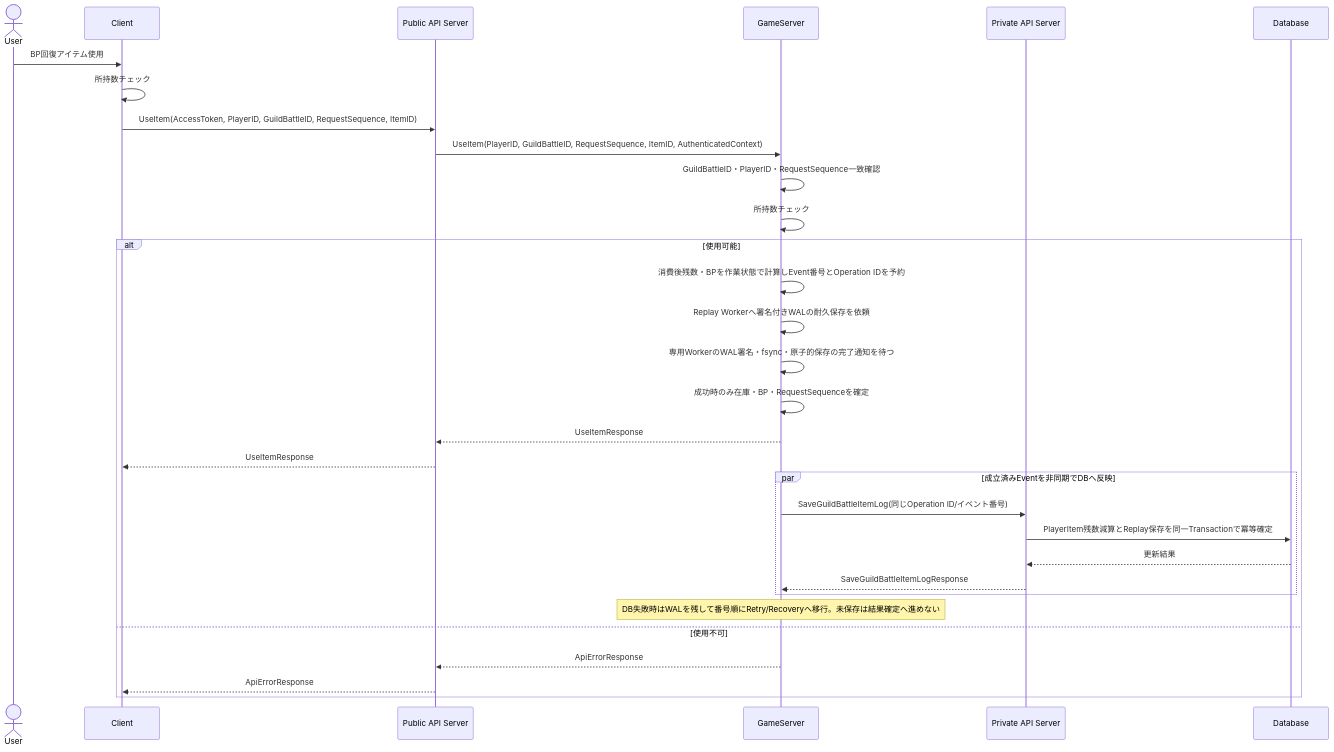
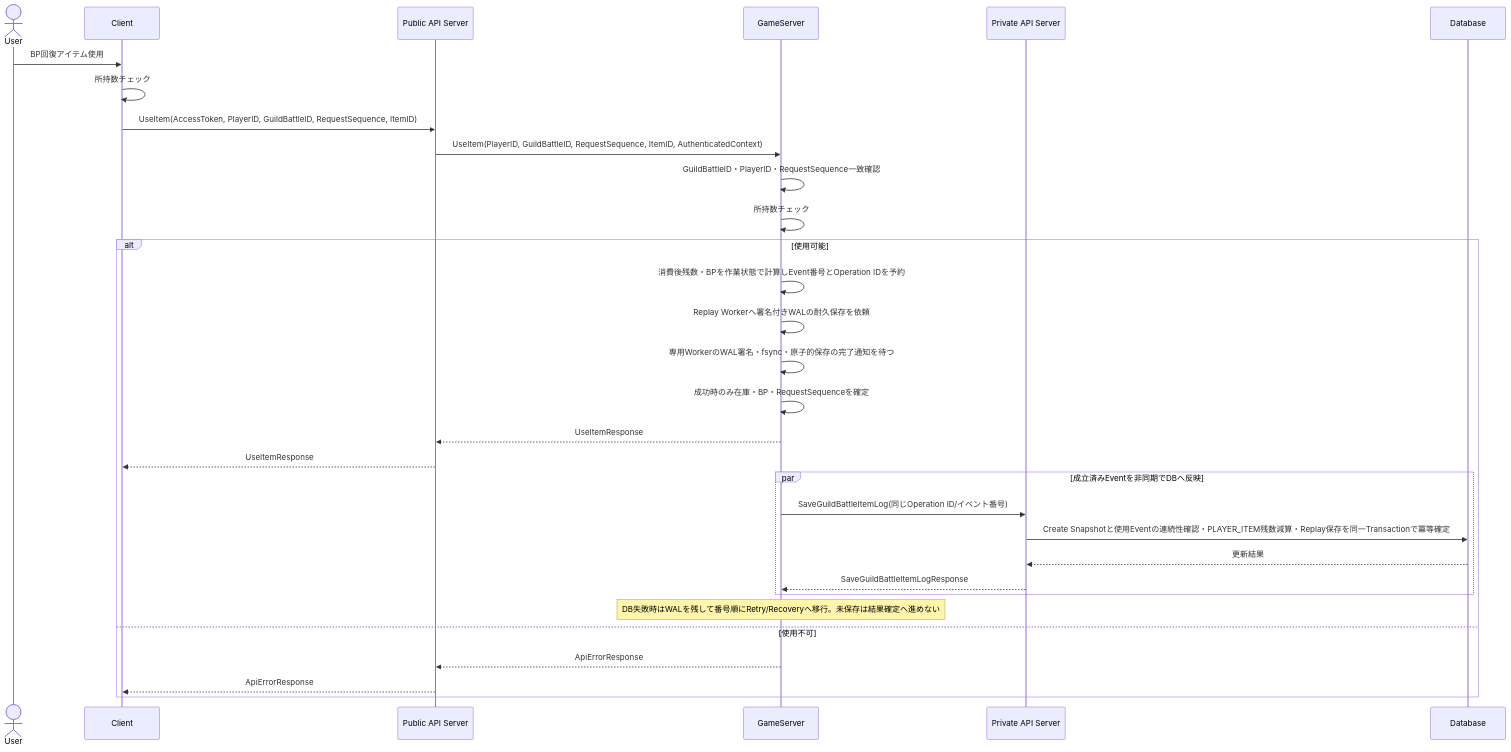
Before and after one commit to ReHydrangeaOdyssey/Specifications: the seventh of 14 diagrams in design/server/guild_battle.md, drawn with Mermaid. The commit also changed other lines of this file and 17 other files, not shown here.

````diff
--- a/design/server/guild_battle.md
+++ b/design/server/guild_battle.md
@@ -407,37 +407,37 @@
 ```mermaid
 sequenceDiagram
     actor User
     participant Client
     participant PublicAPIServer as Public API Server
     participant GameServer
     participant PrivateAPIServer as Private API Server
     participant Database
 
     User->>Client: BP回復アイテム使用
     Client->>Client: 所持数チェック
     Client->>PublicAPIServer: UseItem(AccessToken, PlayerID, GuildBattleID, RequestSequence, ItemID)
     PublicAPIServer->>GameServer: UseItem(PlayerID, GuildBattleID, RequestSequence, ItemID, AuthenticatedContext)
 
     GameServer->>GameServer: GuildBattleID・PlayerID・RequestSequence一致確認
     GameServer->>GameServer: 所持数チェック
 
     alt 使用可能
         GameServer->>GameServer: 消費後残数・BPを作業状態で計算しEvent番号とOperation IDを予約
         GameServer->>GameServer: Replay Workerへ署名付きWALの耐久保存を依頼
         GameServer->>GameServer: 専用WorkerのWAL署名・fsync・原子的保存の完了通知を待つ
         GameServer->>GameServer: 成功時のみ在庫・BP・RequestSequenceを確定
         GameServer-->>PublicAPIServer: UseItemResponse
         PublicAPIServer-->>Client: UseItemResponse
         par 成立済みEventを非同期でDBへ反映
             GameServer->>PrivateAPIServer: SaveGuildBattleItemLog(同じOperation ID/イベント番号)
-            PrivateAPIServer->>Database: PlayerItem残数減算とReplay保存を同一Transactionで冪等確定
+            PrivateAPIServer->>Database: Create Snapshotと使用Eventの連続性確認・PLAYER_ITEM残数減算・Replay保存を同一Transactionで冪等確定
             Database-->>PrivateAPIServer: 更新結果
             PrivateAPIServer-->>GameServer: SaveGuildBattleItemLogResponse
         end
         Note over GameServer: DB失敗時はWALを残して番号順にRetry/Recoveryへ移行。未保存は結果確定へ進めない
     else 使用不可
         GameServer-->>PublicAPIServer: ApiErrorResponse
         PublicAPIServer-->>Client: ApiErrorResponse
     end
 
 ```
````
